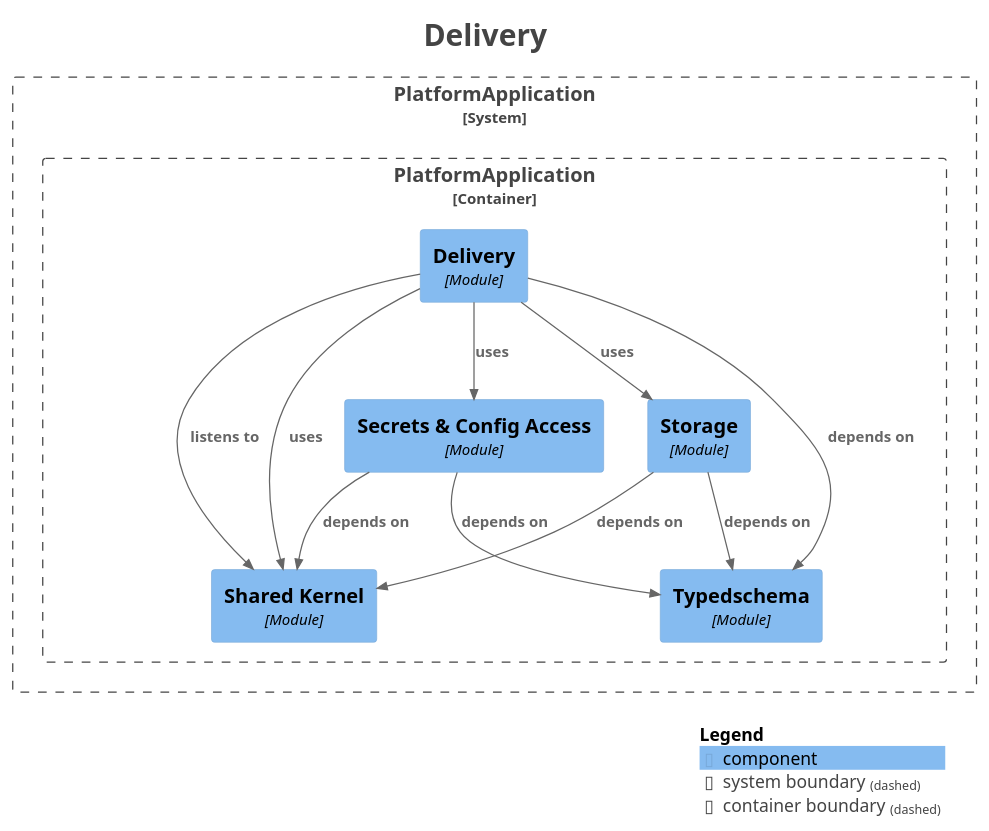
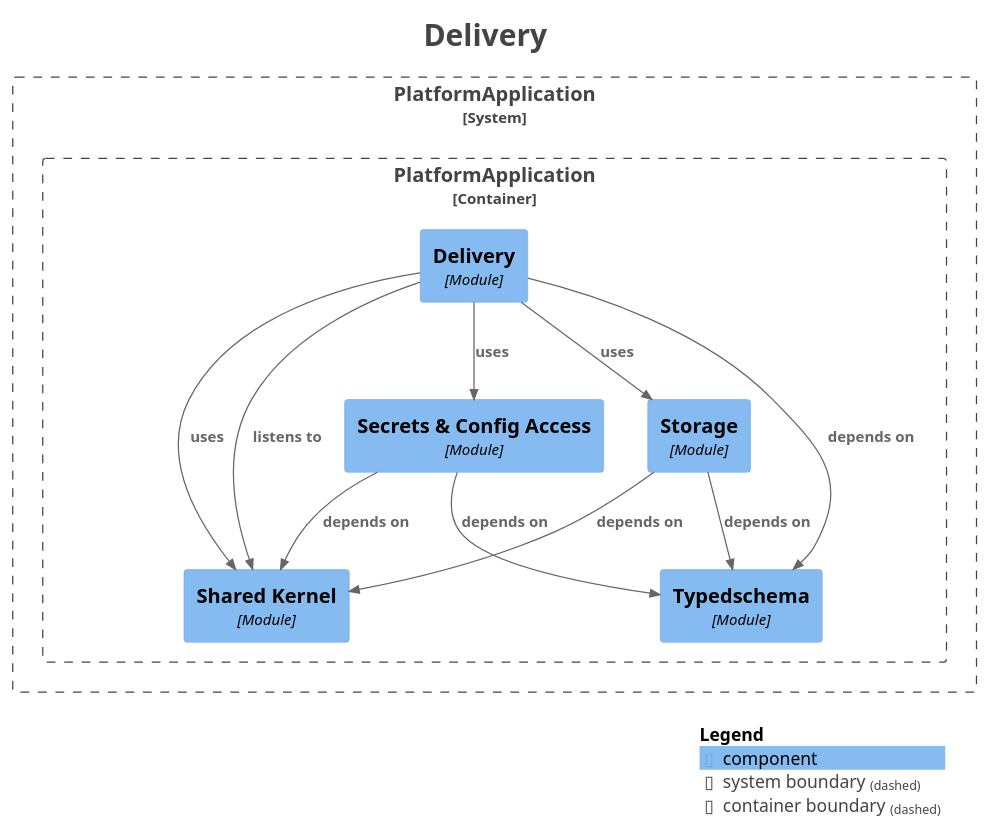
The diagram in platform-app/docs/architecture/maps/generated/modulith/module-delivery.puml (shangxq007/media-platform), drawn with PlantUML before and after one commit. The commit also changed other lines of this file and 62 other files, not shown here.

```diff
--- a/platform-app/docs/architecture/maps/generated/modulith/module-delivery.puml
+++ b/platform-app/docs/architecture/maps/generated/modulith/module-delivery.puml
@@ -1,41 +1,41 @@
 @startuml
 title <size:24>Delivery</size>
 
 set separator none
 top to bottom direction
 
 <style>
   root {
     BackgroundColor: #ffffff
     FontColor: #444444
   }
 </style>
 
 !include <C4/C4>
 !include <C4/C4_Context>
 !include <C4/C4_Component>
 
 System_Boundary("PlatformApplication_boundary", "PlatformApplication", $tags="") {
   Container_Boundary("PlatformApplication.PlatformApplication_boundary", "PlatformApplication", $tags="") {
     Component(PlatformApplication.PlatformApplication.SharedKernel, "Shared Kernel", $techn="Module", $descr="", $tags="", $link="")
     Component(PlatformApplication.PlatformApplication.Typedschema, "Typedschema", $techn="Module", $descr="", $tags="", $link="")
     Component(PlatformApplication.PlatformApplication.SecretsConfigAccess, "Secrets & Config Access", $techn="Module", $descr="", $tags="", $link="")
     Component(PlatformApplication.PlatformApplication.Storage, "Storage", $techn="Module", $descr="", $tags="", $link="")
     Component(PlatformApplication.PlatformApplication.Delivery, "Delivery", $techn="Module", $descr="", $tags="", $link="")
   }
 
 }
 
+Rel(PlatformApplication.PlatformApplication.Storage, PlatformApplication.PlatformApplication.Typedschema, "depends on", $techn="", $tags="", $link="")
+Rel(PlatformApplication.PlatformApplication.Storage, PlatformApplication.PlatformApplication.SharedKernel, "depends on", $techn="", $tags="", $link="")
+Rel(PlatformApplication.PlatformApplication.Delivery, PlatformApplication.PlatformApplication.SharedKernel, "listens to", $techn="", $tags="", $link="")
+Rel(PlatformApplication.PlatformApplication.Delivery, PlatformApplication.PlatformApplication.Typedschema, "depends on", $techn="", $tags="", $link="")
 Rel(PlatformApplication.PlatformApplication.Delivery, PlatformApplication.PlatformApplication.SecretsConfigAccess, "uses", $techn="", $tags="", $link="")
 Rel(PlatformApplication.PlatformApplication.Delivery, PlatformApplication.PlatformApplication.SharedKernel, "uses", $techn="", $tags="", $link="")
 Rel(PlatformApplication.PlatformApplication.Delivery, PlatformApplication.PlatformApplication.Storage, "uses", $techn="", $tags="", $link="")
 Rel(PlatformApplication.PlatformApplication.SecretsConfigAccess, PlatformApplication.PlatformApplication.Typedschema, "depends on", $techn="", $tags="", $link="")
 Rel(PlatformApplication.PlatformApplication.SecretsConfigAccess, PlatformApplication.PlatformApplication.SharedKernel, "depends on", $techn="", $tags="", $link="")
-Rel(PlatformApplication.PlatformApplication.Storage, PlatformApplication.PlatformApplication.Typedschema, "depends on", $techn="", $tags="", $link="")
-Rel(PlatformApplication.PlatformApplication.Storage, PlatformApplication.PlatformApplication.SharedKernel, "depends on", $techn="", $tags="", $link="")
-Rel(PlatformApplication.PlatformApplication.Delivery, PlatformApplication.PlatformApplication.SharedKernel, "listens to", $techn="", $tags="", $link="")
-Rel(PlatformApplication.PlatformApplication.Delivery, PlatformApplication.PlatformApplication.Typedschema, "depends on", $techn="", $tags="", $link="")
 
 SHOW_LEGEND(true)
 hide stereotypes
 @enduml
```
